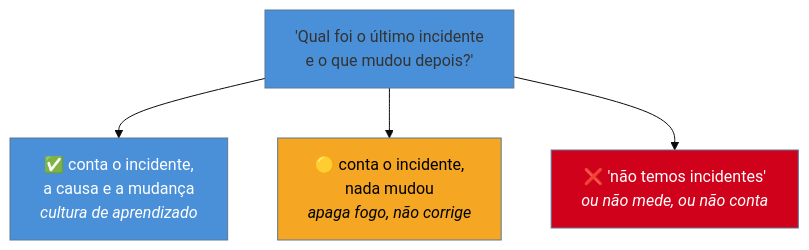
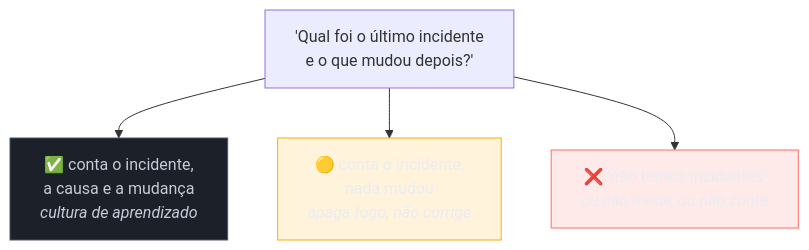
Before and after one commit to josenaldo/codex-technomanticus: the diagram in 03-Dominios/Carreira/Entrevistas/13 - A entrevista reversa.md, drawn with Mermaid. The commit also changed 1181 other files, not shown here.

First line of the commit message:
fix(diagramas): paleta do sistema no lugar de cor cravada no markdown

````diff
--- a/03-Dominios/Carreira/Entrevistas/13 - A entrevista reversa.md
+++ b/03-Dominios/Carreira/Entrevistas/13 - A entrevista reversa.md
@@ -58,11 +58,13 @@
 ```mermaid
-%%{init: {"theme": "base", "themeVariables": {"primaryColor": "#4A90D9"}}}%%
 graph TD
+    classDef neutro fill:#1B2029,stroke:#4E5666,color:#C6CCD8
+    classDef destaque fill:#FFAA0024,stroke:#FFAA00,color:#E9ECF2
+    classDef falha fill:#FF6B6B24,stroke:#FF6B6B,color:#E9ECF2
     P["'Qual foi o último incidente<br/>e o que mudou depois?'"] --> A["✅ conta o incidente,<br/>a causa e a mudança<br/><i>cultura de aprendizado</i>"]
     P --> B["🟡 conta o incidente,<br/>nada mudou<br/><i>apaga fogo, não corrige</i>"]
     P --> C["❌ 'não temos incidentes'<br/><i>ou não mede, ou não conta</i>"]
 
-    style A fill:#4A90D9,color:#fff
-    style B fill:#F5A623,color:#000
-    style C fill:#D0021B,color:#fff
+    class A neutro
+    class B destaque
+    class C falha
 ```
````
